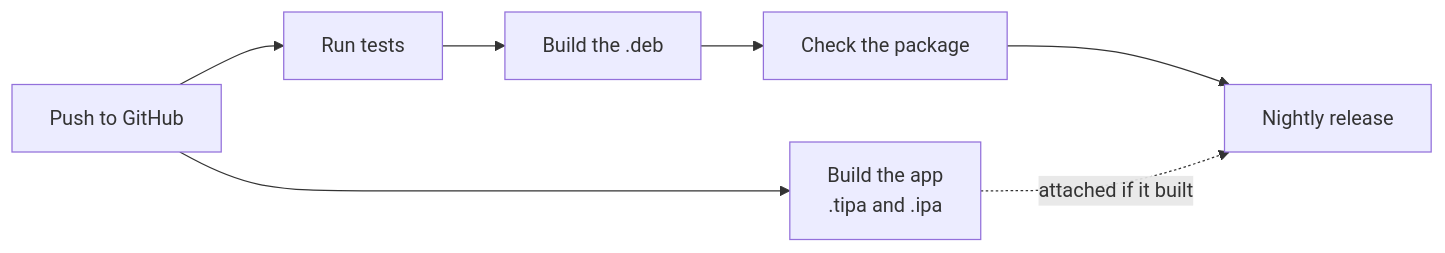
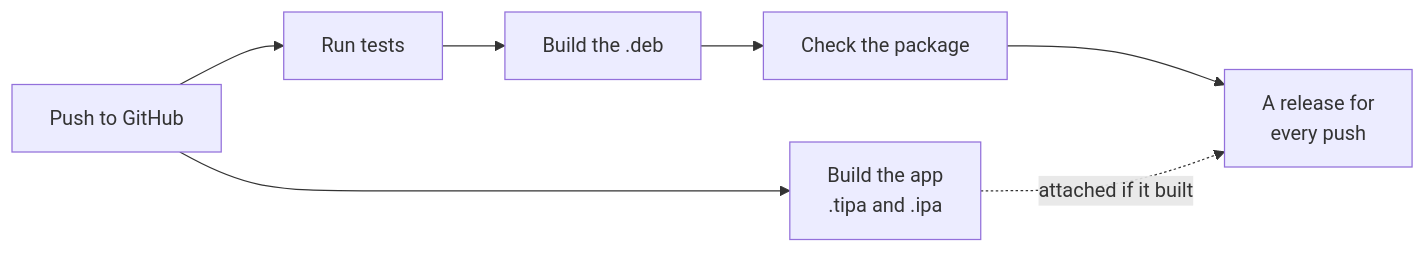
The third of 3 diagrams in README.md (m9z2w4d8vw-blip/Speaka), drawn with Mermaid before and after one commit. The commit also changed other lines of this file and 26 other files, not shown here.

````diff
--- a/README.md
+++ b/README.md
@@ -379,5 +399,5 @@
 ```mermaid
 flowchart LR
-    push["Push to GitHub"] --> tests["Run tests"] --> deb["Build the .deb"] --> check["Check the package"] --> rel["Nightly release"]
+    push["Push to GitHub"] --> tests["Run tests"] --> deb["Build the .deb"] --> check["Check the package"] --> rel["A release for<br/>every push"]
     push --> app["Build the app<br/>.tipa and .ipa"] -.->|"attached if it built"| rel
 ```
````
